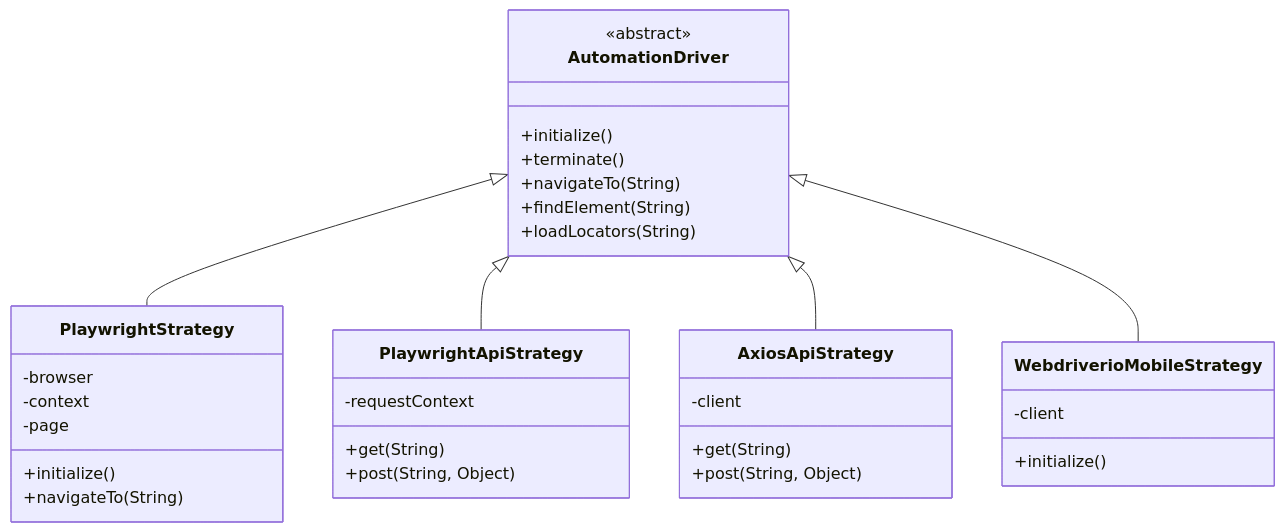
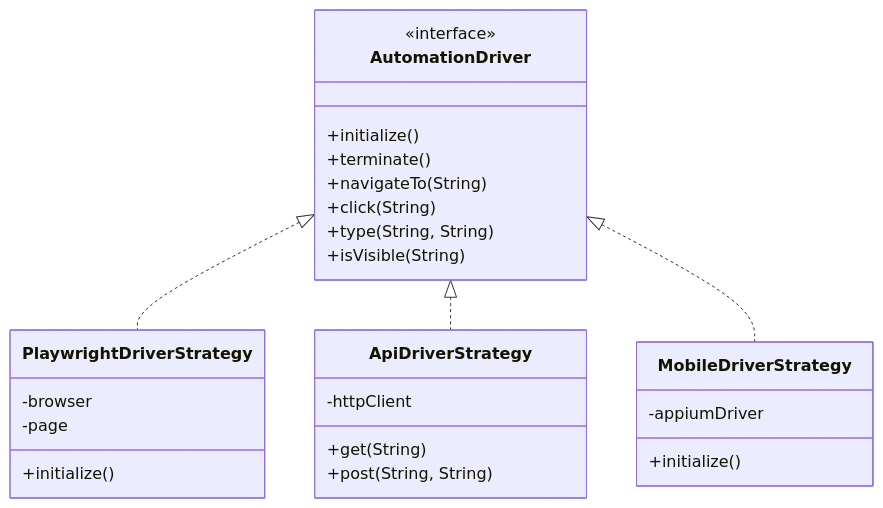
One commit to vinipx/taflex changed the second of 2 diagrams in documentation/docs/architecture/overview.md. Above: the diagram before and after it, drawn with Mermaid. The commit also changed other lines of this file and 11 other files, not shown here.

Commit message:
docs: sync documentation with Java framework architecture and properties

````diff
--- a/documentation/docs/architecture/overview.md
+++ b/documentation/docs/architecture/overview.md
@@ -85,41 +85,33 @@
 ```mermaid
 classDiagram
     class AutomationDriver {
-        <<abstract>>
+        <<interface>>
         +initialize()
         +terminate()
         +navigateTo(String)
-        +findElement(String)
-        +loadLocators(String)
+        +click(String)
+        +type(String, String)
+        +isVisible(String)
     }
 
-    class PlaywrightStrategy {
+    class PlaywrightDriverStrategy {
         -browser
-        -context
         -page
-        +initialize()
-        +navigateTo(String)
-    }
-
-    class PlaywrightApiStrategy {
-        -requestContext
-        +get(String)
-        +post(String, Object)
-    }
-
-    class WebdriverioMobileStrategy {
-        -client
         +initialize()
     }
 
-    class AxiosApiStrategy {
-        -client
+    class ApiDriverStrategy {
+        -httpClient
         +get(String)
-        +post(String, Object)
+        +post(String, String)
     }
 
-    AutomationDriver <|-- PlaywrightStrategy
-    AutomationDriver <|-- PlaywrightApiStrategy
-    AutomationDriver <|-- AxiosApiStrategy
-    AutomationDriver <|-- WebdriverioMobileStrategy
+    class MobileDriverStrategy {
+        -appiumDriver
+        +initialize()
+    }
+
+    AutomationDriver <|.. PlaywrightDriverStrategy
+    AutomationDriver <|.. ApiDriverStrategy
+    AutomationDriver <|.. MobileDriverStrategy
 ```
````
